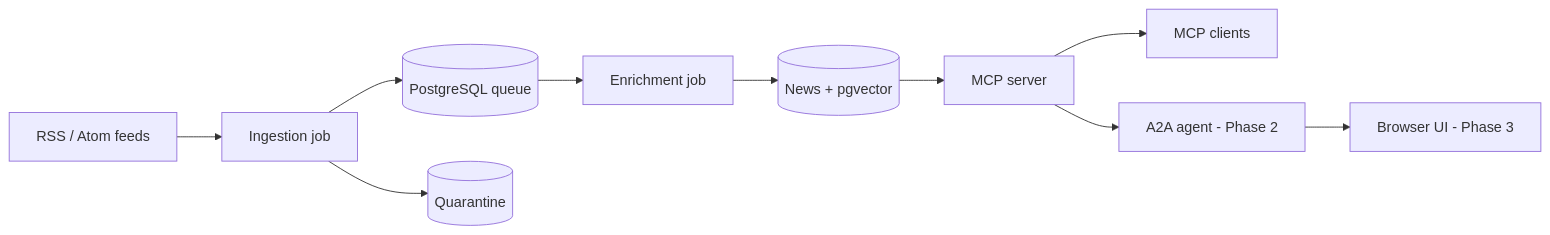
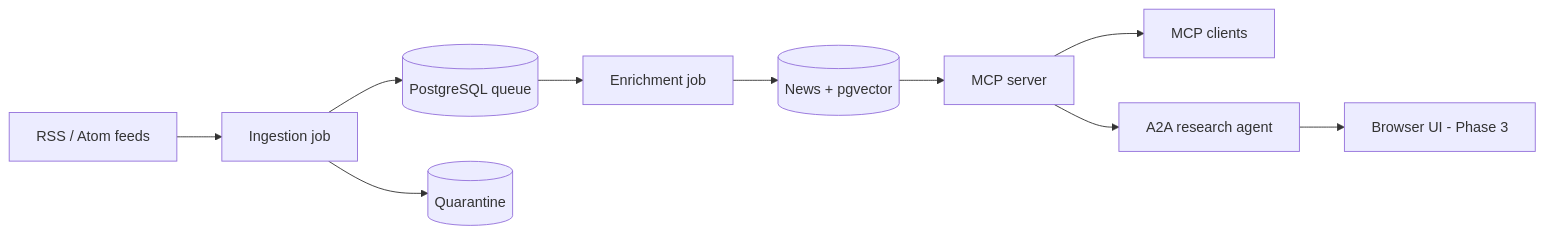
One commit to ikhemissi/newsloom changed the first of 2 diagrams in README.md. Above: the diagram before and after it, drawn with Mermaid. The commit also changed other lines of this file and 57 other files, not shown here.

````diff
--- a/README.md
+++ b/README.md
@@ -11,12 +12,12 @@
 ```mermaid
 flowchart LR
     Feeds["RSS / Atom feeds"] --> Ingestion["Ingestion job"]
     Ingestion --> Queue[("PostgreSQL queue")]
     Ingestion --> Quarantine[("Quarantine")]
     Queue --> Enrichment["Enrichment job"]
     Enrichment --> News[("News + pgvector")]
     News --> MCP["MCP server"]
     MCP --> Clients["MCP clients"]
-    MCP --> Agent["A2A agent - Phase 2"]
+    MCP --> Agent["A2A research agent"]
     Agent --> UI["Browser UI - Phase 3"]
 ```
````
